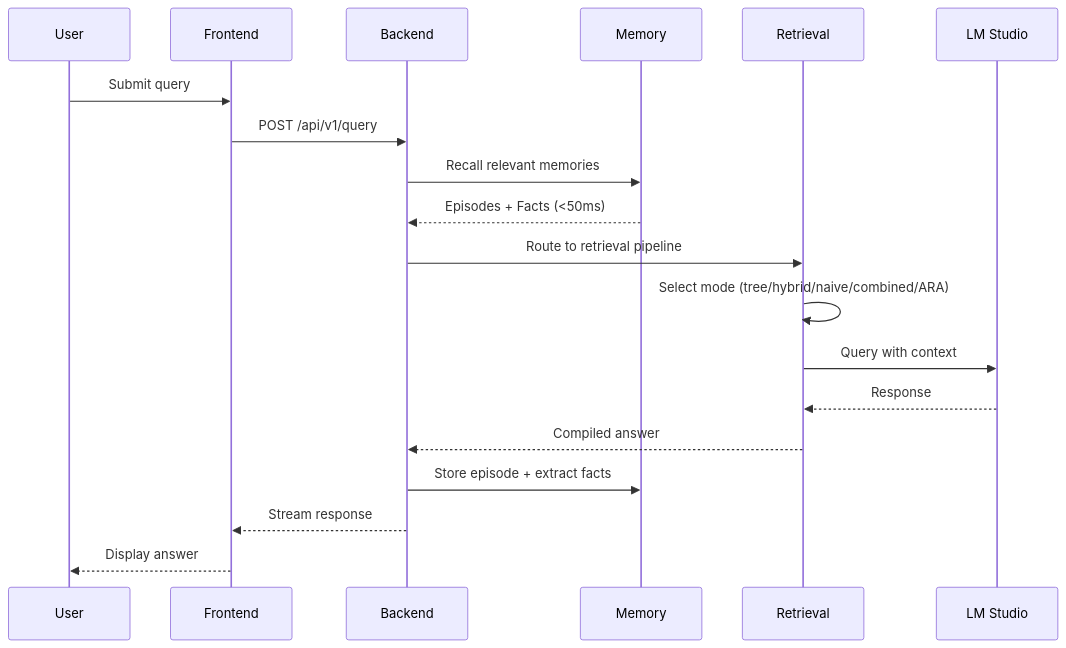
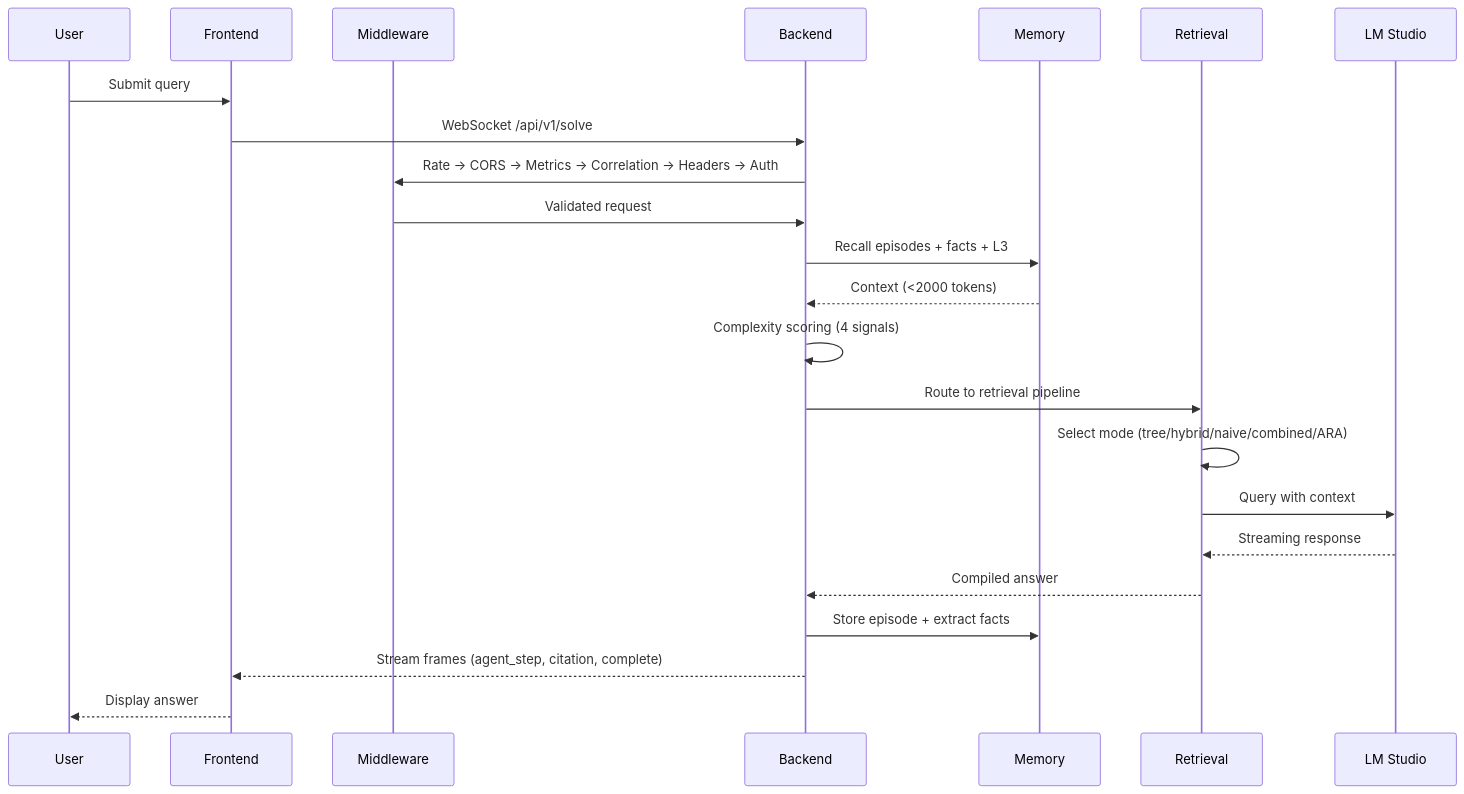
One commit to shinshekai/Deep changed the second of 6 diagrams in README.md. Above: the diagram before and after it, drawn with Mermaid. The commit also changed other lines of this file and 1 other file, not shown here.

First line of the commit message:
docs: rewrite architecture documentation with accurate codebase mapping

````diff
--- a/README.md
+++ b/README.md
@@ -99,22 +119,26 @@
 ```mermaid
 sequenceDiagram
     participant U as User
     participant FE as Frontend
+    participant MW as Middleware
     participant BE as Backend
     participant MEM as Memory
     participant RET as Retrieval
     participant LLM as LM Studio
 
     U->>FE: Submit query
-    FE->>BE: POST /api/v1/query
-    BE->>MEM: Recall relevant memories
-    MEM-->>BE: Episodes + Facts (<50ms)
+    FE->>BE: WebSocket /api/v1/solve
+    BE->>MW: Rate → CORS → Metrics → Correlation → Headers → Auth
+    MW->>BE: Validated request
+    BE->>MEM: Recall episodes + facts + L3
+    MEM-->>BE: Context (<2000 tokens)
+    BE->>BE: Complexity scoring (4 signals)
     BE->>RET: Route to retrieval pipeline
     RET->>RET: Select mode (tree/hybrid/naive/combined/ARA)
     RET->>LLM: Query with context
-    LLM-->>RET: Response
+    LLM-->>RET: Streaming response
     RET-->>BE: Compiled answer
     BE->>MEM: Store episode + extract facts
-    BE-->>FE: Stream response
+    BE-->>FE: Stream frames (agent_step, citation, complete)
     FE-->>U: Display answer
 ```
````
